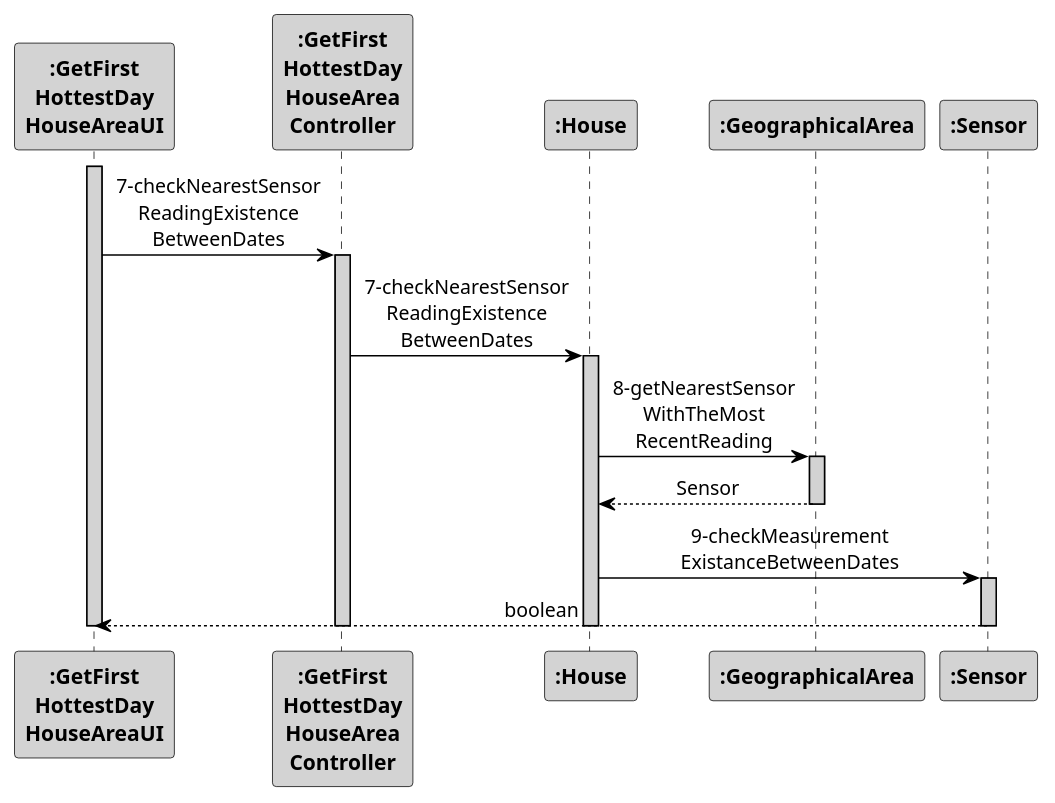
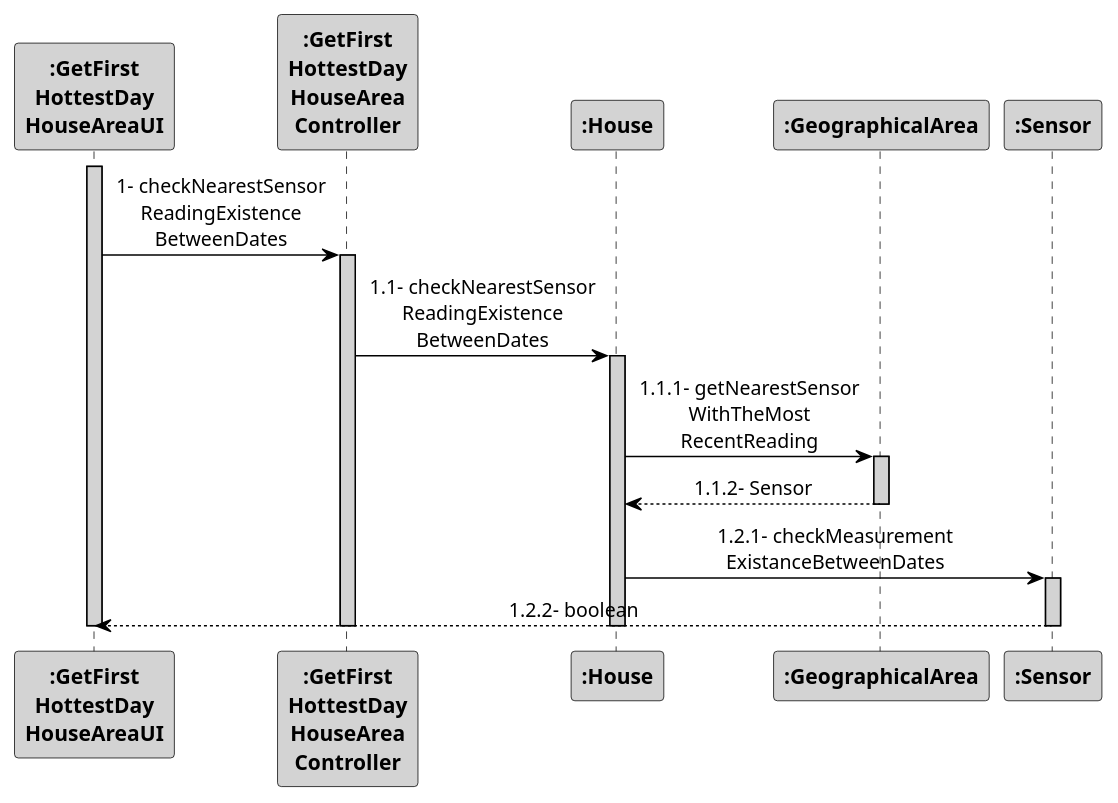
Before and after one commit to 1181687/hateoasToy: the diagram in src/main/java/pt/ipp/isep/dei/project/controllers/getFirstHottestDayHouseAreaController/SD_ref2_getFirstHottestDayHouseArea.puml, drawn with PlantUML. The commit also changed 3 other files, not shown here.

Commit message:
Small changes on sequence diagrams of US631.

```diff
--- a/src/main/java/pt/ipp/isep/dei/project/controllers/getFirstHottestDayHouseAreaController/SD_ref2_getFirstHottestDayHouseArea.puml
+++ b/src/main/java/pt/ipp/isep/dei/project/controllers/getFirstHottestDayHouseAreaController/SD_ref2_getFirstHottestDayHouseArea.puml
@@ -1,38 +1,38 @@
 @startuml
 skinparam sequenceMessageAlign center
 skinparam sequence {
     ArrowColor Black
     ActorBorderColor DarkBlue
     LifeLineBorderColor black
     LifeLineBackgroundColor LightGrey
 
     ParticipantBorderColor Black
     ParticipantBackgroundColor LightGrey
     ParticipantFontStyle Bold
 
     ActorBackgroundColor DimGrey
     ActorFontColor DeepSkyBlue
     ActorFontStyle Bold
     ActorFontSize 17
     ActorFontName Aapex
 }
 
 activate ":GetFirst\nHottestDay\nHouseAreaUI"
-":GetFirst\nHottestDay\nHouseAreaUI" -> ":GetFirst\nHottestDay\nHouseArea\nController": 7-checkNearestSensor\nReadingExistence\nBetweenDates
+":GetFirst\nHottestDay\nHouseAreaUI" -> ":GetFirst\nHottestDay\nHouseArea\nController": 1- checkNearestSensor\nReadingExistence\nBetweenDates
 activate ":GetFirst\nHottestDay\nHouseArea\nController"
-":GetFirst\nHottestDay\nHouseArea\nController" -> ":House": 7-checkNearestSensor\nReadingExistence\nBetweenDates
+":GetFirst\nHottestDay\nHouseArea\nController" -> ":House": 1.1- checkNearestSensor\nReadingExistence\nBetweenDates
 activate ":House"
-":House" -> ":GeographicalArea": 8-getNearestSensor\nWithTheMost\nRecentReading
+":House" -> ":GeographicalArea": 1.1.1- getNearestSensor\nWithTheMost\nRecentReading
 activate ":GeographicalArea"
-":GeographicalArea" --> ":House": Sensor
+":GeographicalArea" --> ":House": 1.1.2- Sensor
 deactivate ":GeographicalArea"
-":House" -> ":Sensor": 9-checkMeasurement\nExistanceBetweenDates
+":House" -> ":Sensor": 1.2.1- checkMeasurement\nExistanceBetweenDates
 activate ":Sensor"
-":Sensor" --> ":GetFirst\nHottestDay\nHouseAreaUI":boolean
+":Sensor" --> ":GetFirst\nHottestDay\nHouseAreaUI": 1.2.2- boolean
 deactivate ":Sensor"
 
 deactivate ":House"
 deactivate ":GetFirst\nHottestDay\nHouseArea\nController"
 deactivate ":GetFirst\nHottestDay\nHouseAreaUI"
 
 @enduml
```
